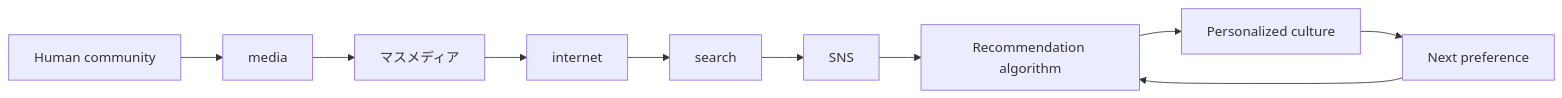
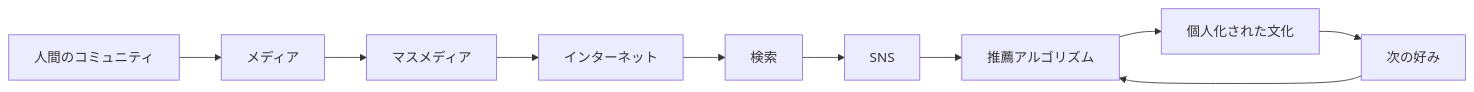
The first of 2 diagrams in en/_posts/2026-08-15-column-the-death-of-the-human-taste.md (monumental-movement/monumental-movement.github.io), drawn with Mermaid before and after one commit. The commit also changed other lines of this file and 2196 other files, not shown here.

```diff
--- a/en/_posts/2026-08-15-column-the-death-of-the-human-taste.md
+++ b/en/_posts/2026-08-15-column-the-death-of-the-human-taste.md
@@ -1399,12 +1431,12 @@
 <div class="mermaid">
 flowchart LR
-A["Human community"] --> B["media"]
+A["人間のコミュニティ"] --> B["メディア"]
 B --> C["マスメディア"]
-C --> D["internet"]
-D --> E["search"]
+C --> D["インターネット"]
+D --> E["検索"]
 E --> F["SNS"]
-F --> G["Recommendation algorithm"]
-G --> H["Personalized culture"]
-H --> I["Next preference"]
+F --> G["推薦アルゴリズム"]
+G --> H["個人化された文化"]
+H --> I["次の好み"]
 I --> G
 </div>
```
